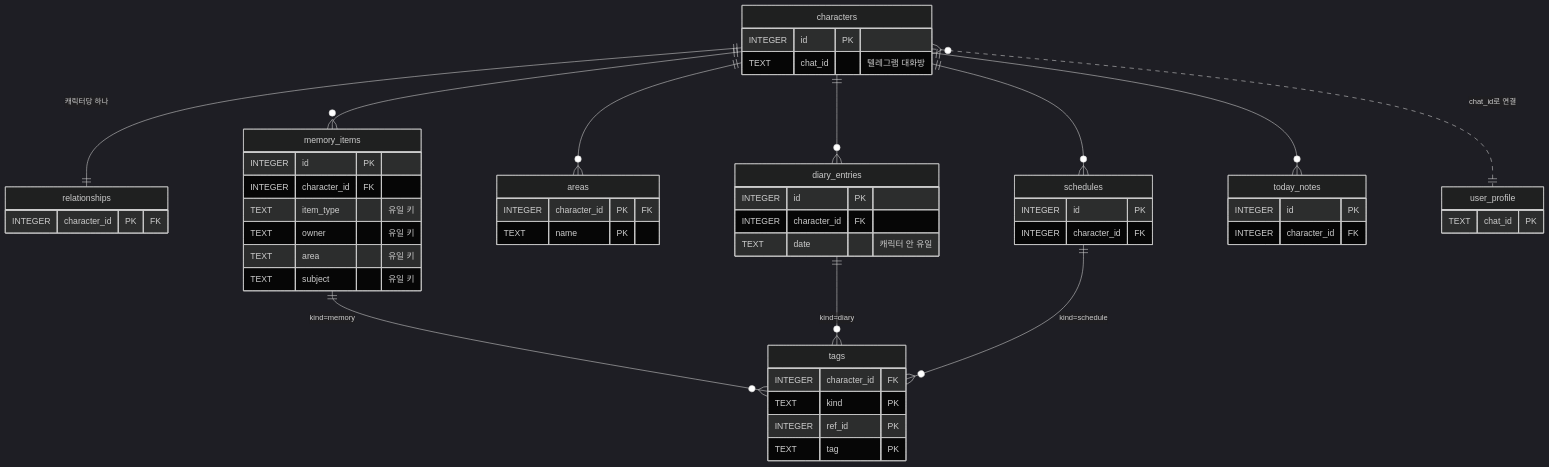
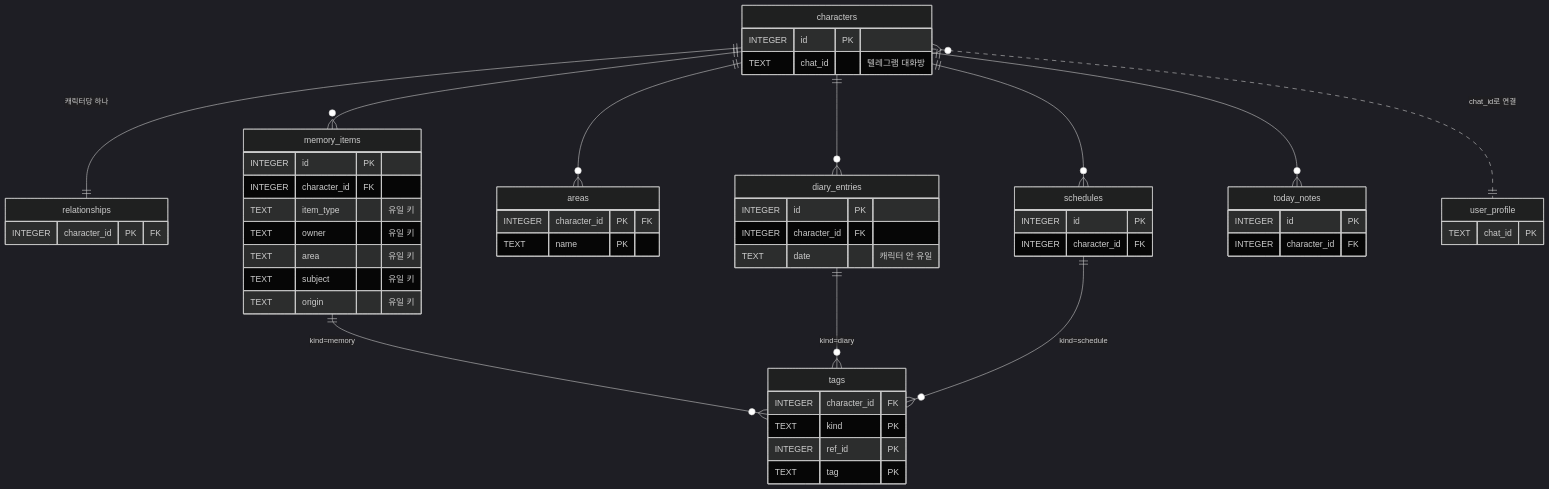
One commit to hyewon3938/random-ai-companion changed the first of 3 diagrams in erd.md. Above: the diagram before and after it, drawn with Mermaid (dark theme). The commit also changed other lines of this file and 3 other files, not shown here.

````diff
--- a/erd.md
+++ b/erd.md
@@ -17,55 +17,56 @@
 ```mermaid
 erDiagram
     characters ||--|| relationships : "캐릭터당 하나"
     characters ||--o{ memory_items : ""
     characters ||--o{ areas : ""
     characters ||--o{ schedules : ""
     characters ||--o{ diary_entries : ""
     characters ||--o{ today_notes : ""
     memory_items ||--o{ tags : "kind=memory"
     diary_entries ||--o{ tags : "kind=diary"
     schedules ||--o{ tags : "kind=schedule"
     characters }o..|| user_profile : "chat_id로 연결"
 
     characters {
         INTEGER id PK
         TEXT chat_id "텔레그램 대화방"
     }
     relationships {
         INTEGER character_id PK "FK"
     }
     memory_items {
         INTEGER id PK
         INTEGER character_id FK
         TEXT item_type "유일 키"
         TEXT owner "유일 키"
         TEXT area "유일 키"
         TEXT subject "유일 키"
+        TEXT origin "유일 키"
     }
     tags {
         INTEGER character_id FK
         TEXT kind PK
         INTEGER ref_id PK
         TEXT tag PK
     }
     areas {
         INTEGER character_id PK "FK"
         TEXT name PK
     }
     today_notes {
         INTEGER id PK
         INTEGER character_id FK
     }
     schedules {
         INTEGER id PK
         INTEGER character_id FK
     }
     diary_entries {
         INTEGER id PK
         INTEGER character_id FK
         TEXT date "캐릭터 안 유일"
     }
     user_profile {
         TEXT chat_id PK
     }
 ```
````
